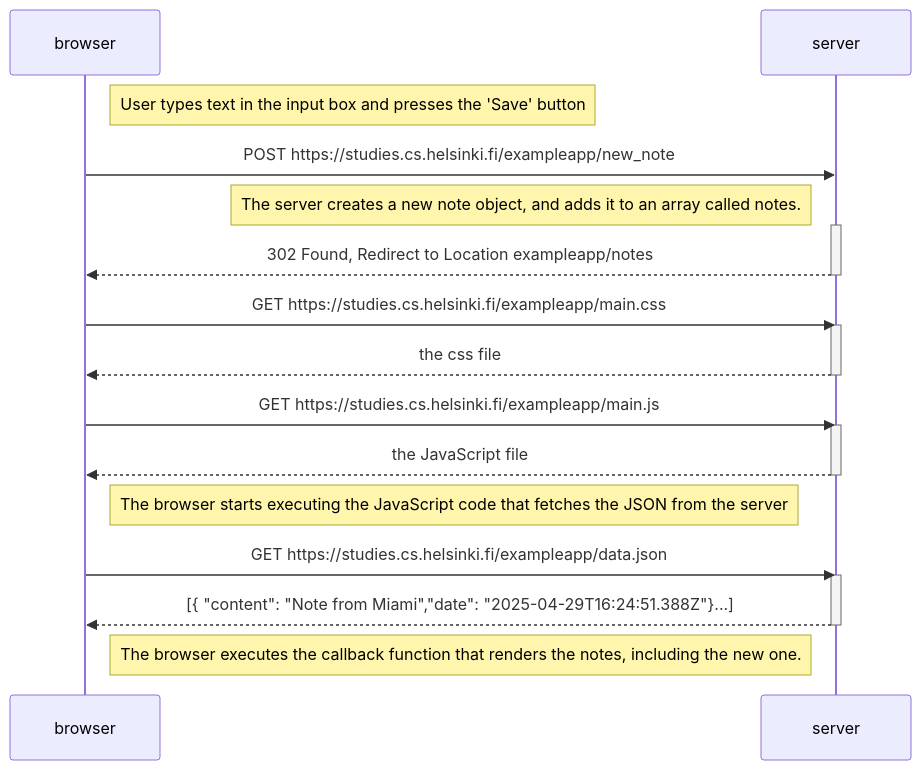
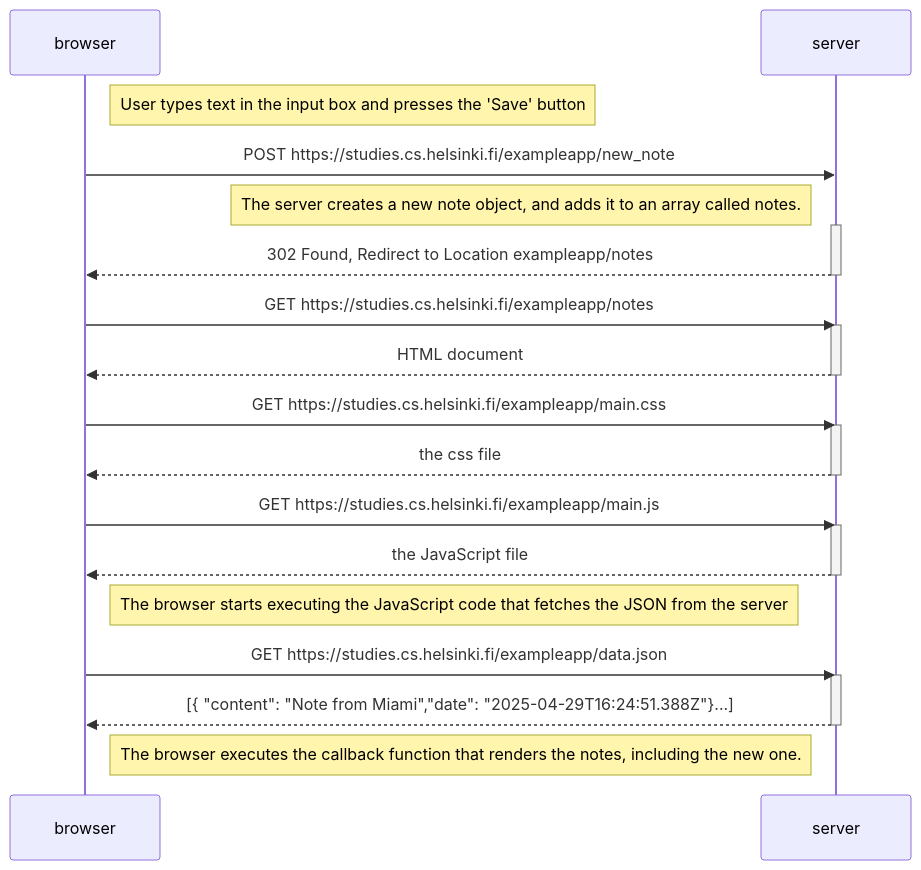
One commit to cristinabaldor/fullstackopen changed the diagram in part0/04_new_note_diagram.md. Above: the diagram before and after it, drawn with Mermaid. The commit also changed 1 other file, not shown here.

Commit message:
addl saves

````diff
--- a/part0/04_new_note_diagram.md
+++ b/part0/04_new_note_diagram.md
@@ -1,34 +1,39 @@
 ```mermaid
 sequenceDiagram
     participant browser
     participant server
     
     Note right of browser: User types text in the input box and presses the 'Save' button
 
     browser->>server: POST https://studies.cs.helsinki.fi/exampleapp/new_note
     
     Note left of server: The server creates a new note object, and adds it to an array called notes.
     
     activate server
     server-->>browser: 302 Found, Redirect to Location exampleapp/notes
+    deactivate server
+
+    browser->>server: GET https://studies.cs.helsinki.fi/exampleapp/notes
+    activate server
+    server-->>browser: HTML document
     deactivate server
 
     browser->>server: GET https://studies.cs.helsinki.fi/exampleapp/main.css
     activate server
     server-->>browser: the css file
     deactivate server
 
     browser->>server: GET https://studies.cs.helsinki.fi/exampleapp/main.js
     activate server
     server-->>browser: the JavaScript file
     deactivate server
 
     Note right of browser: The browser starts executing the JavaScript code that fetches the JSON from the server
 
     browser->>server: GET https://studies.cs.helsinki.fi/exampleapp/data.json
     activate server
     server-->>browser: [{ "content": "Note from Miami","date": "2025-04-29T16:24:51.388Z"}...]
     deactivate server
 
     Note right of browser: The browser executes the callback function that renders the notes, including the new one.
 ```
````
